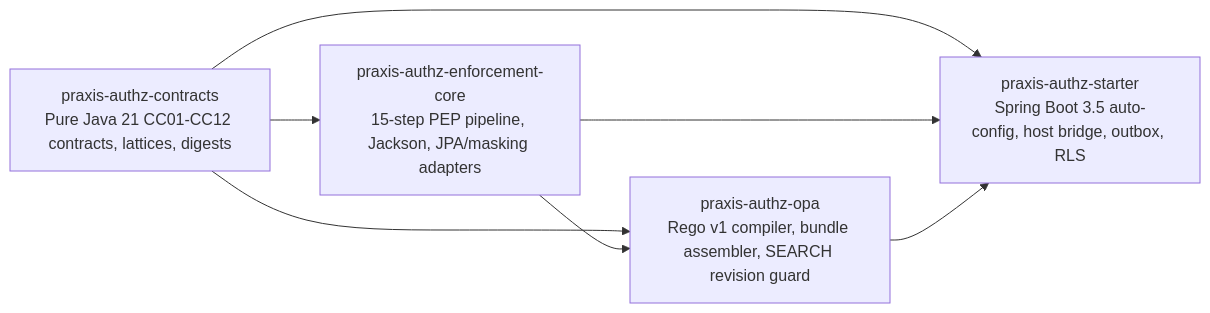
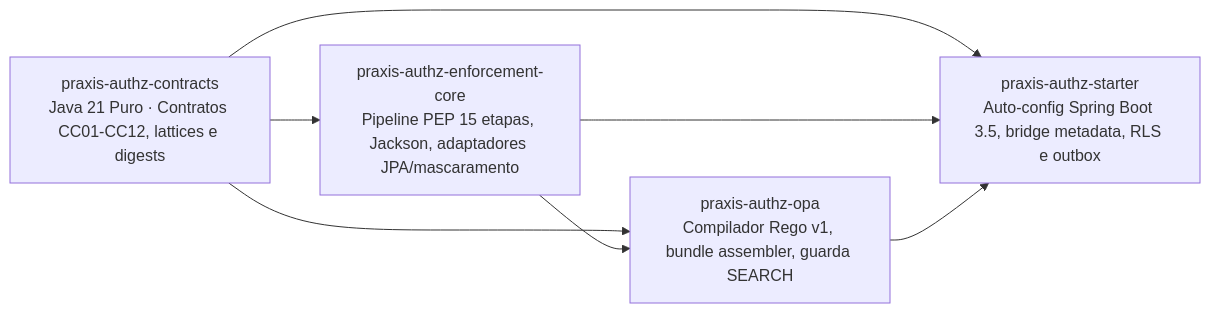
Before and after one commit to codexrodrigues/praxis-authz-contracts: the first of 2 diagrams in README.md, drawn with Mermaid. The commit also changed other lines of this file and 4 other files, not shown here.

````diff
--- a/README.md
+++ b/README.md
@@ -40,14 +98,14 @@
 ```mermaid
 flowchart LR
-    contracts["praxis-authz-contracts<br/>Pure Java 21 CC01-CC12 contracts, lattices, digests"]
-    core["praxis-authz-enforcement-core<br/>15-step PEP pipeline, Jackson, JPA/masking adapters"]
-    opa["praxis-authz-opa<br/>Rego v1 compiler, bundle assembler, SEARCH revision guard"]
-    starter["praxis-authz-starter<br/>Spring Boot 3.5 auto-config, host bridge, outbox, RLS"]
+    contracts["praxis-authz-contracts<br/>Java 21 Puro · Contratos CC01-CC12, lattices e digests"]
+    core["praxis-authz-enforcement-core<br/>Pipeline PEP 15 etapas, Jackson, adaptadores JPA/mascaramento"]
+    opa["praxis-authz-opa<br/>Compilador Rego v1, bundle assembler, guarda SEARCH"]
+    starter["praxis-authz-starter<br/>Auto-config Spring Boot 3.5, bridge metadata, RLS e outbox"]
 
     contracts --> core
     contracts --> opa
     core --> opa
     contracts --> starter
     core --> starter
     opa --> starter
 ```
````
